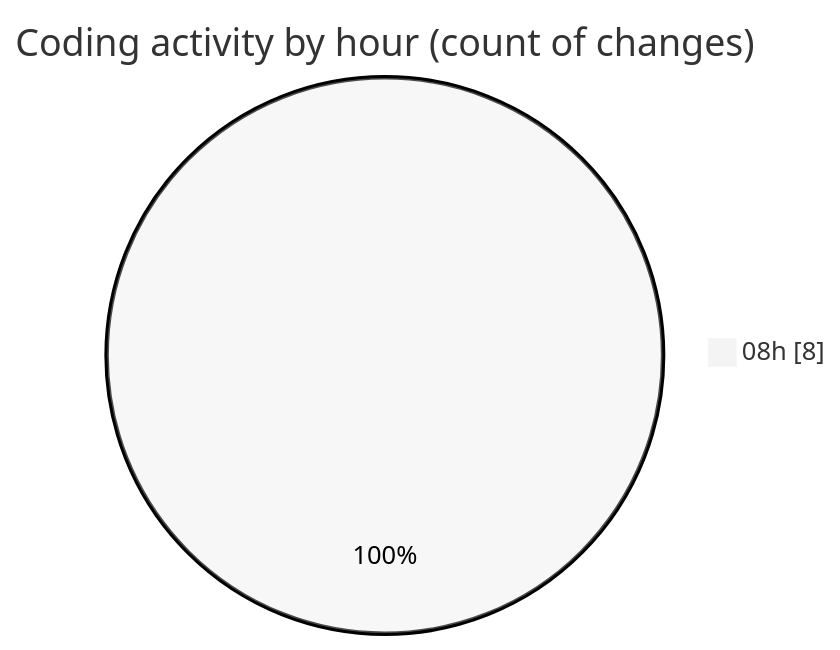
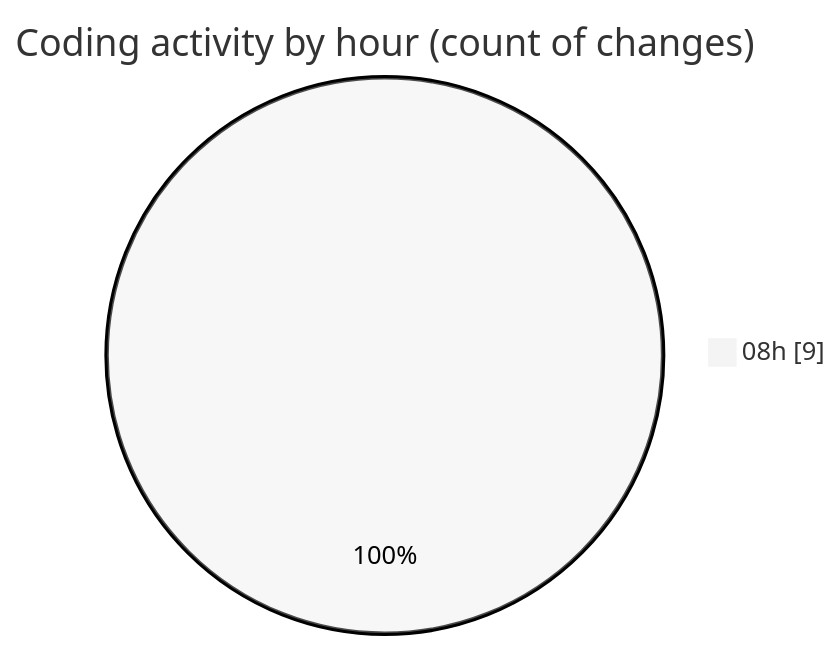
One commit to 3Nya3/code-tracking changed the second of 2 diagrams in 2025-01-01/downloads/README.md. Above: the diagram before and after it, drawn with Mermaid (neutral theme). The commit also changed other lines of this file and 1 other file, not shown here.

````diff
--- a/2025-01-01/downloads/README.md
+++ b/2025-01-01/downloads/README.md
@@ -28,5 +28,5 @@
 ```mermaid
 pie showData
 title Coding activity by hour (count of changes)
-"08h" : 8
+"08h" : 9
 ```
````
